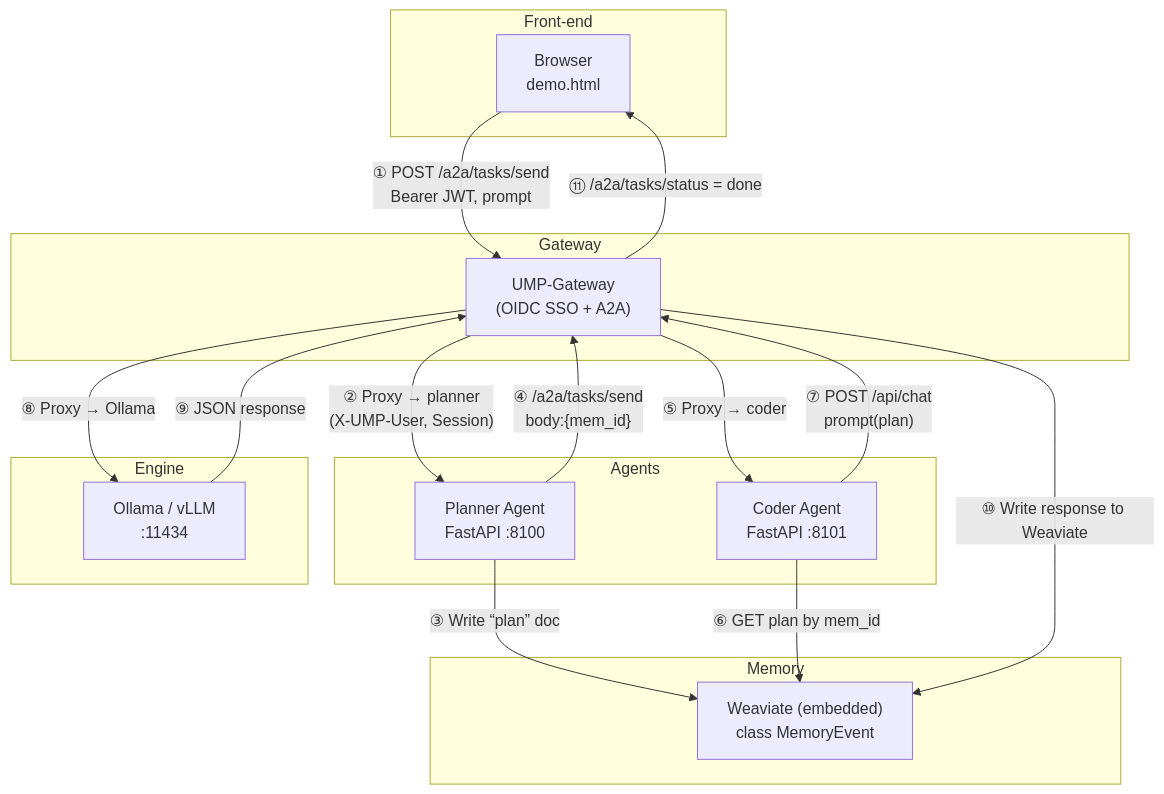
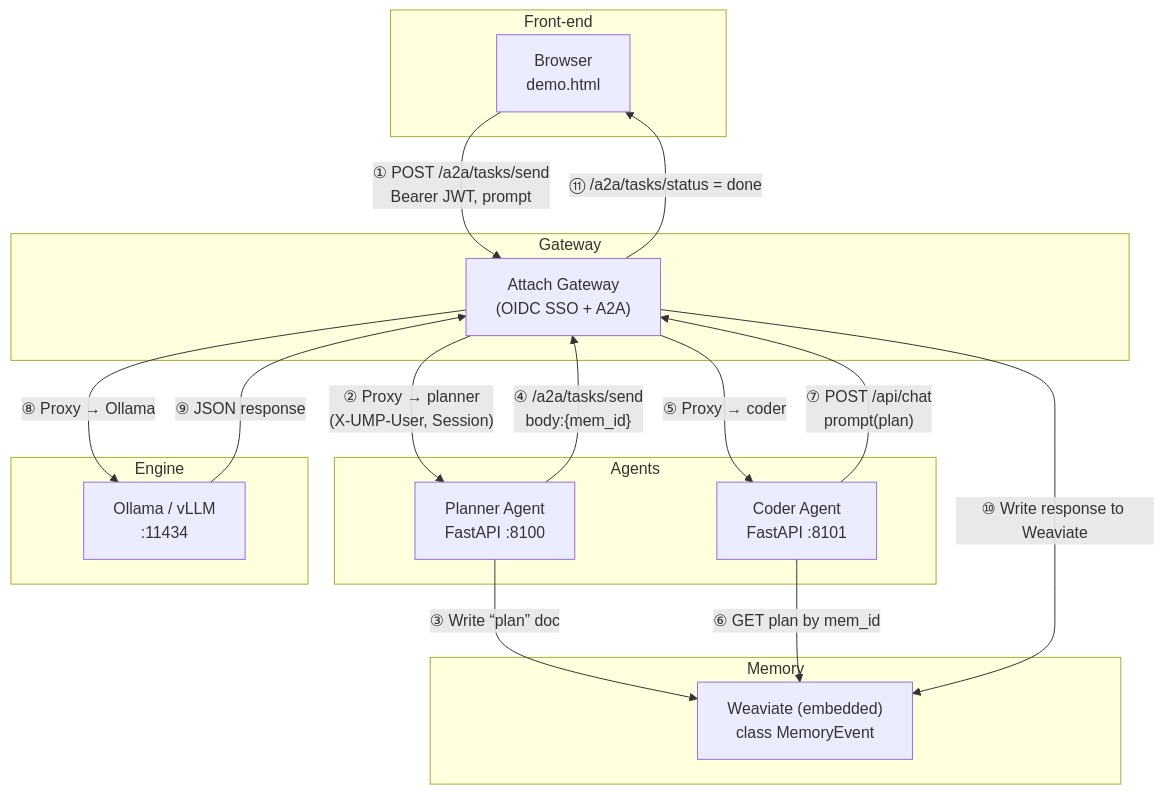
One commit to attach-dev/attach-gateway changed the diagram in README.md. Above: the diagram before and after it, drawn with Mermaid. The commit also changed other lines of this file, not shown here.

````diff
--- a/README.md
+++ b/README.md
@@ -56,46 +56,46 @@
 ```mermaid
 flowchart TD
     %%────────────────────────────────
     %%  COMPONENTS
     %%────────────────────────────────
     subgraph Front-end
         UI["Browser<br/> demo.html"]
     end
 
     subgraph Gateway
-        GW["UMP-Gateway<br/> (OIDC SSO + A2A)"]
+        GW["Attach Gateway<br/> (OIDC SSO + A2A)"]
     end
 
     subgraph Agents
         PL["Planner Agent<br/>FastAPI :8100"]
         CD["Coder Agent<br/>FastAPI :8101"]
     end
 
     subgraph Memory
         WV["Weaviate (embedded)\nclass MemoryEvent"]
     end
 
     subgraph Engine
         OL["Ollama / vLLM<br/>:11434"]
     end
 
     %%────────────────────────────────
     %%  USER FLOW
     %%────────────────────────────────
     UI -- ① POST /a2a/tasks/send<br/>Bearer JWT, prompt --> GW
 
     %%─ Planner hop
     GW -- ② Proxy → planner<br/>(X-UMP-User, Session) --> PL
     PL -- ③ Write “plan” doc --> WV
     PL -- ④ /a2a/tasks/send\nbody:{mem_id} --> GW
 
     %%─ Coder hop
     GW -- ⑤ Proxy → coder --> CD
     CD -- ⑥ GET plan by mem_id --> WV
     CD -- ⑦ POST /api/chat\nprompt(plan) --> GW
     GW -- ⑧ Proxy → Ollama --> OL
     OL -- ⑨ JSON response --> GW
     GW -- ⑩ Write response to Weaviate --> WV
     GW -- ⑪ /a2a/tasks/status = done --> UI
 
 ```
````
